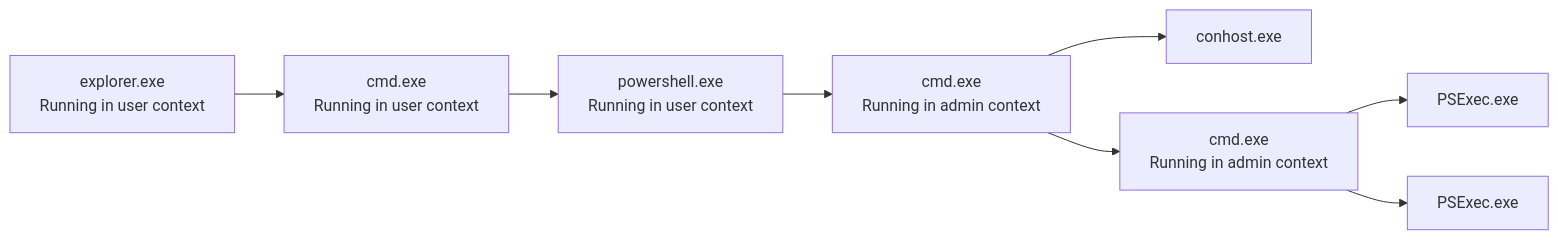
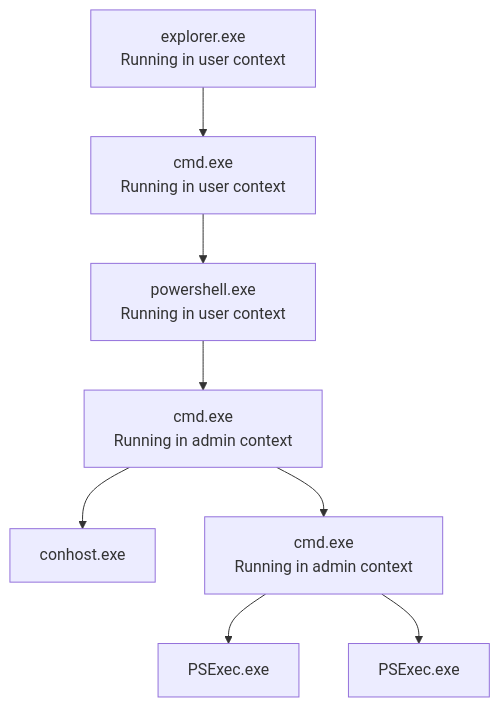
One commit to WildDogOne/DemonWareXT.github.io changed the diagram in _posts/2022-05-17-Powershell-PSexec.md. Above: the diagram before and after it, drawn with Mermaid.

Commit message:
changed mermaid direction

```diff
--- a/_posts/2022-05-17-Powershell-PSexec.md
+++ b/_posts/2022-05-17-Powershell-PSexec.md
@@ -88,18 +88,18 @@
 <div class="mermaid">
-flowchart LR;
+flowchart TD;
     ex[explorer.exe\nRunning in user context];
     cmd1[cmd.exe\nRunning in user context];
     ps1[powershell.exe\nRunning in user context];
     cmd2[cmd.exe\nRunning in admin context];
     conhost[conhost.exe];
     cmd3[cmd.exe\nRunning in admin context];
     PSExec[PSExec.exe];
     PSExec2[PSExec.exe];
     ex --> cmd1;
     cmd1 --> ps1;
     ps1 --> cmd2;
     cmd2 --> cmd3;
     cmd2 --> conhost;
     cmd3 --> PSExec;
     cmd3 --> PSExec2;
 </div>
```
